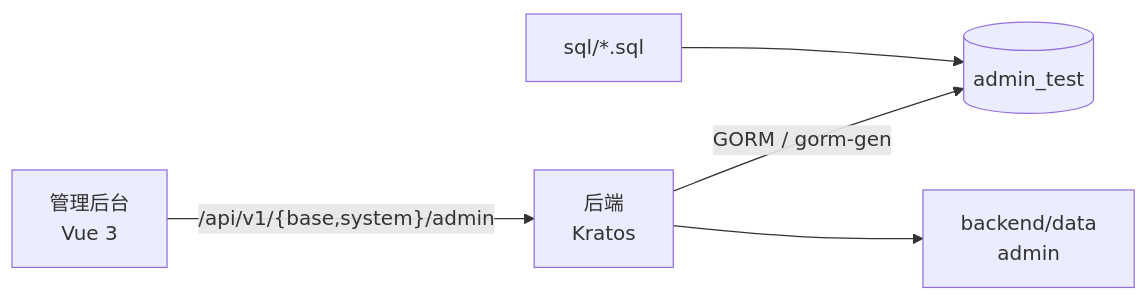
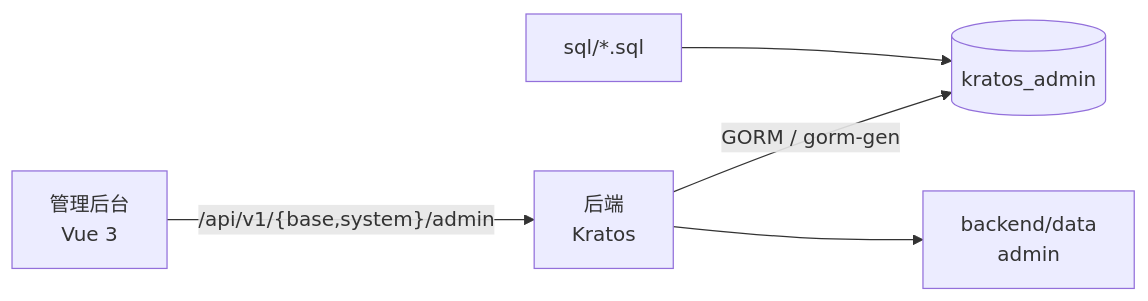
One commit to liujitcn/kratos-admin changed the diagram in docs/系统总体设计.md. Above: the diagram before and after it, drawn with Mermaid. The commit also changed other lines of this file and 6 other files, not shown here.

````diff
--- a/docs/系统总体设计.md
+++ b/docs/系统总体设计.md
@@ -18,7 +18,7 @@
 ```mermaid
 flowchart LR
   Admin["管理后台\nVue 3"] -->|"/api/v1/{base,system}/admin"| Backend["后端\nKratos"]
-  Backend -->|"GORM / gorm-gen"| DB[("admin_test")]
+  Backend -->|"GORM / gorm-gen"| DB[("kratos_admin")]
   Backend --> Static["backend/data\nadmin"]
   SQL["sql/*.sql"] --> DB
 ```
````
